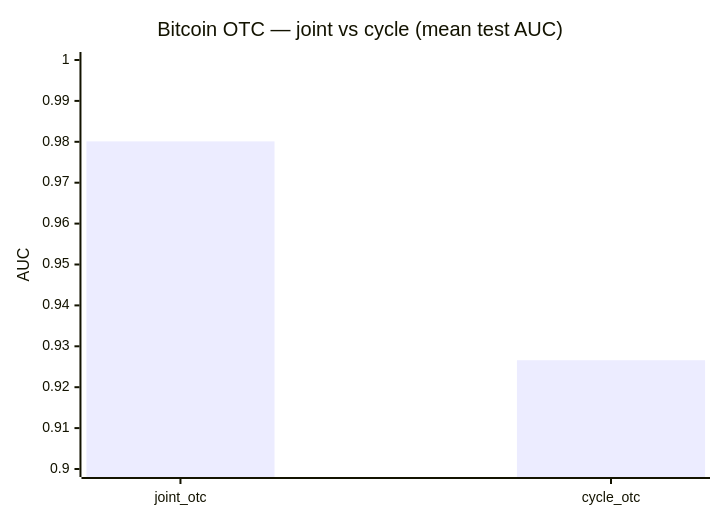
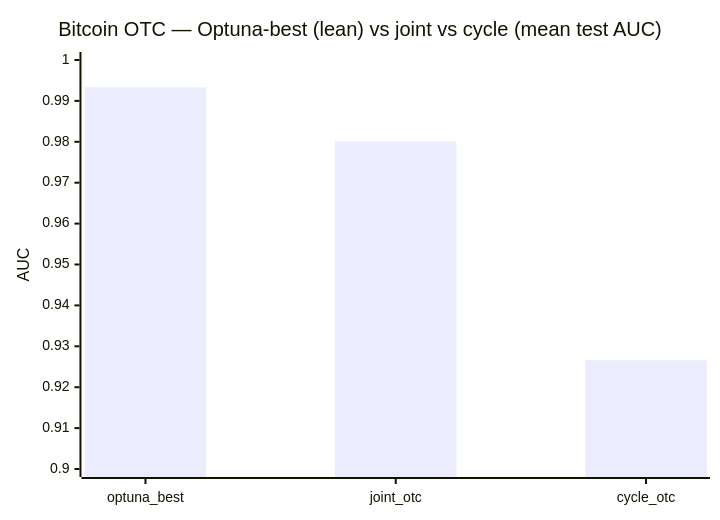
One commit to kyberszittya/hymeko_framework_rust changed the fourth of 6 diagrams in docs/SOTA_RESULTS.md. Above: the diagram before and after it, drawn with Mermaid. The commit also changed other lines of this file and 262 other files, not shown here.

````diff
--- a/docs/SOTA_RESULTS.md
+++ b/docs/SOTA_RESULTS.md
@@ -81,7 +122,7 @@
 ```mermaid
 xychart-beta
-    title "Bitcoin OTC — joint vs cycle (mean test AUC)"
-    x-axis ["joint_otc", "cycle_otc"]
+    title "Bitcoin OTC — Optuna-best (lean) vs joint vs cycle (mean test AUC)"
+    x-axis ["optuna_best", "joint_otc", "cycle_otc"]
     y-axis "AUC" 0.90 --> 1.0
-    bar [0.9801, 0.9266]
+    bar [0.9933, 0.9801, 0.9266]
 ```
````
